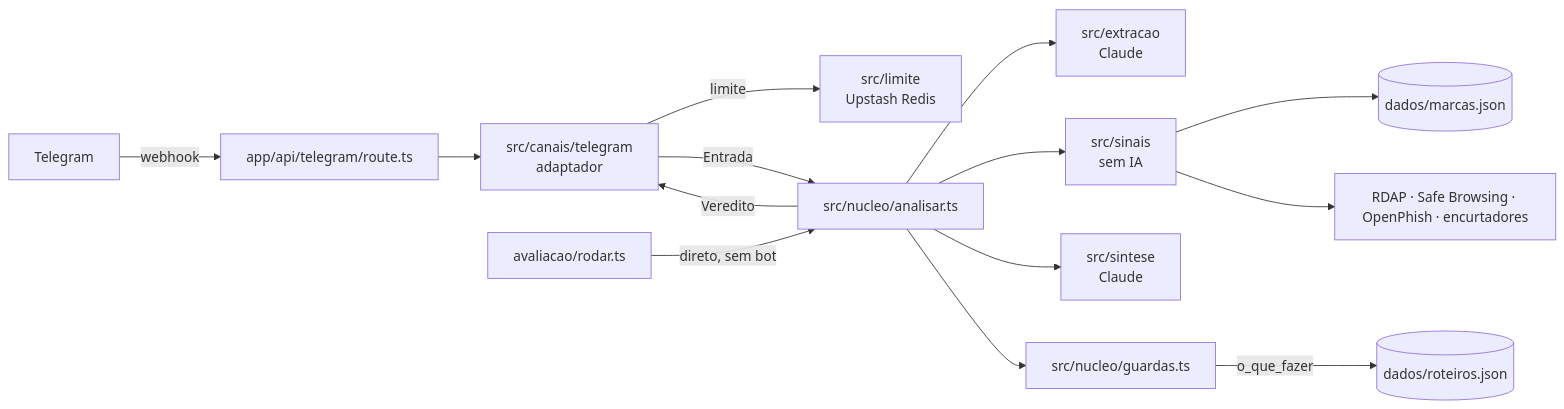
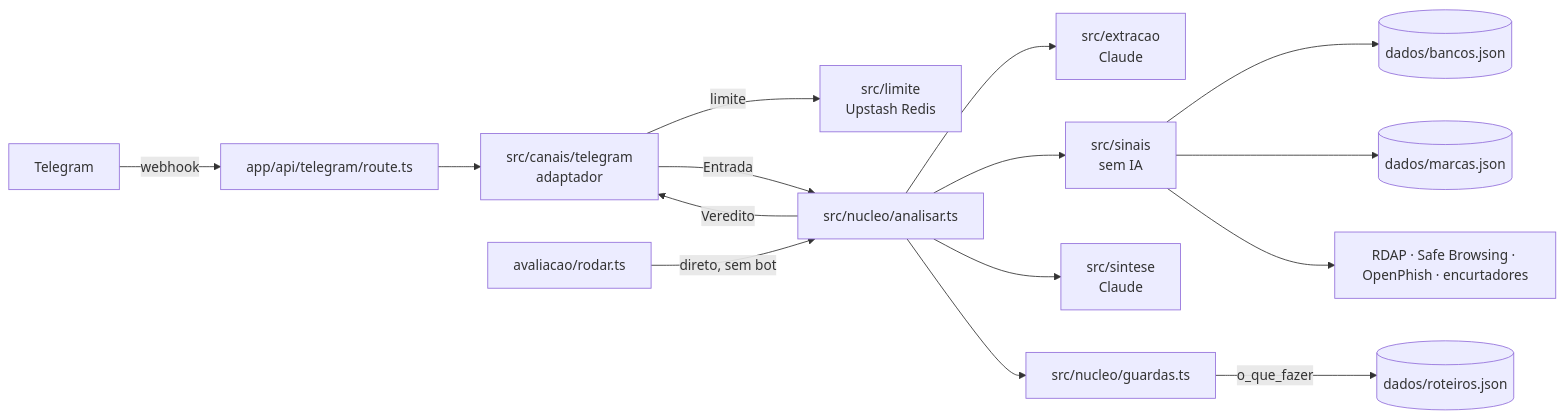
One commit to hanrrysantos/egolpe changed the first of 2 diagrams in docs/modelagem.md. Above: the diagram before and after it, drawn with Mermaid. The commit also changed other lines of this file and 5 other files, not shown here.

````diff
--- a/docs/modelagem.md
+++ b/docs/modelagem.md
@@ -7,16 +7,17 @@
 ```mermaid
 flowchart LR
   TG[Telegram] -->|webhook| R[app/api/telegram/route.ts]
   R --> A[src/canais/telegram<br/>adaptador]
   A -->|limite| L[src/limite<br/>Upstash Redis]
   A -->|Entrada| N[src/nucleo/analisar.ts]
   N --> E[src/extracao<br/>Claude]
   N --> S[src/sinais<br/>sem IA]
   N --> Y[src/sintese<br/>Claude]
   N --> G[src/nucleo/guardas.ts]
   G -->|o_que_fazer| RT[(dados/roteiros.json)]
+  S --> B[(dados/bancos.json)]
   S --> M[(dados/marcas.json)]
   S --> X[RDAP · Safe Browsing · OpenPhish · encurtadores]
   N -->|Veredito| A
   AV[avaliacao/rodar.ts] -->|direto, sem bot| N
 ```
````
